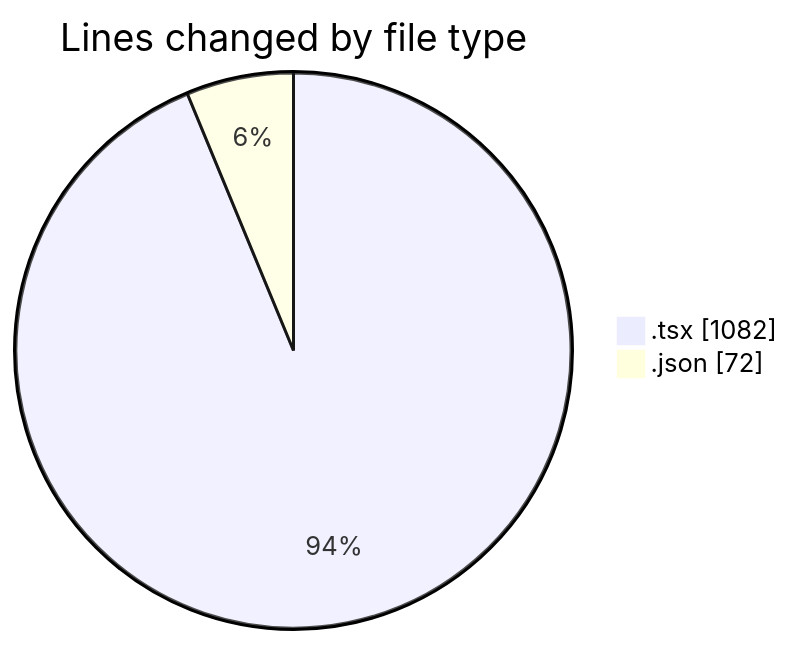
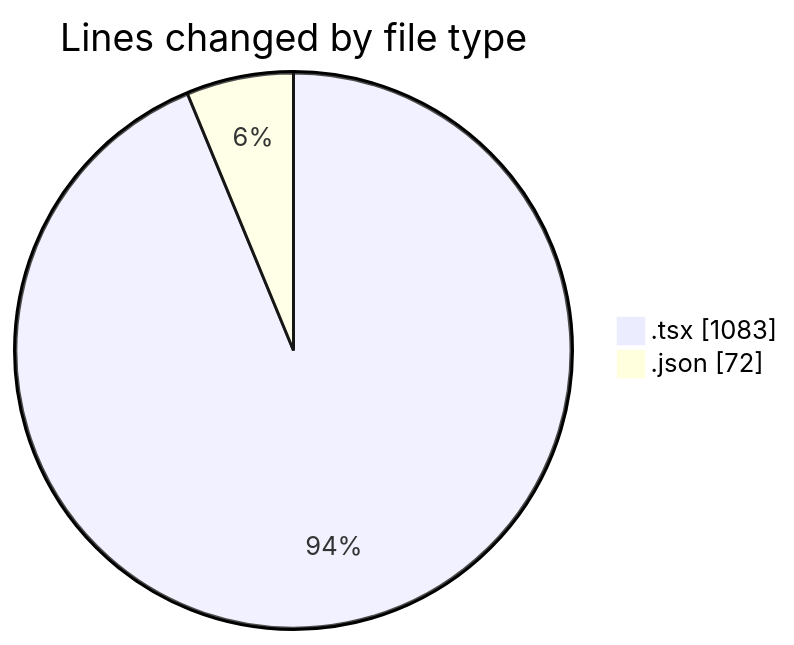
One commit to momahboobian/code-tracking changed the first of 2 diagrams in 2026-11-11/cda/README.md. Above: the diagram before and after it, drawn with Mermaid. The commit also changed other lines of this file and 1 other file, not shown here.

````diff
--- a/2026-11-11/cda/README.md
+++ b/2026-11-11/cda/README.md
@@ -24,6 +24,6 @@
 ```mermaid
 pie showData
 title Lines changed by file type
-".tsx" : 1082
+".tsx" : 1083
 ".json" : 72
 ```
````
